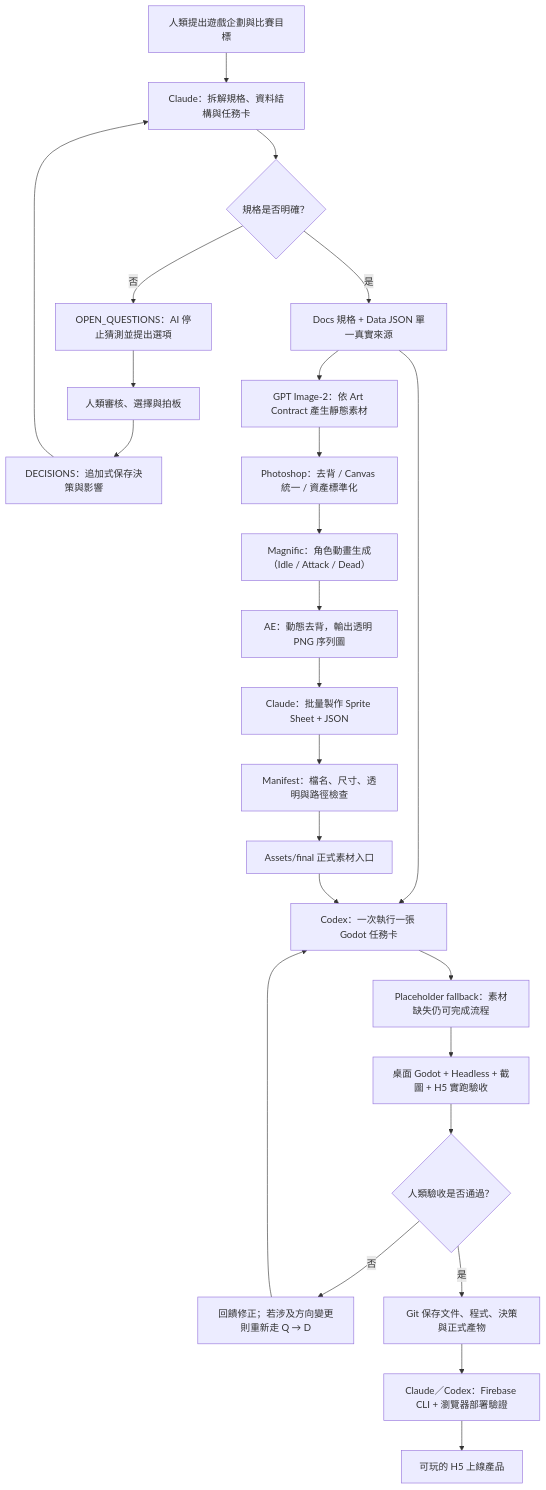
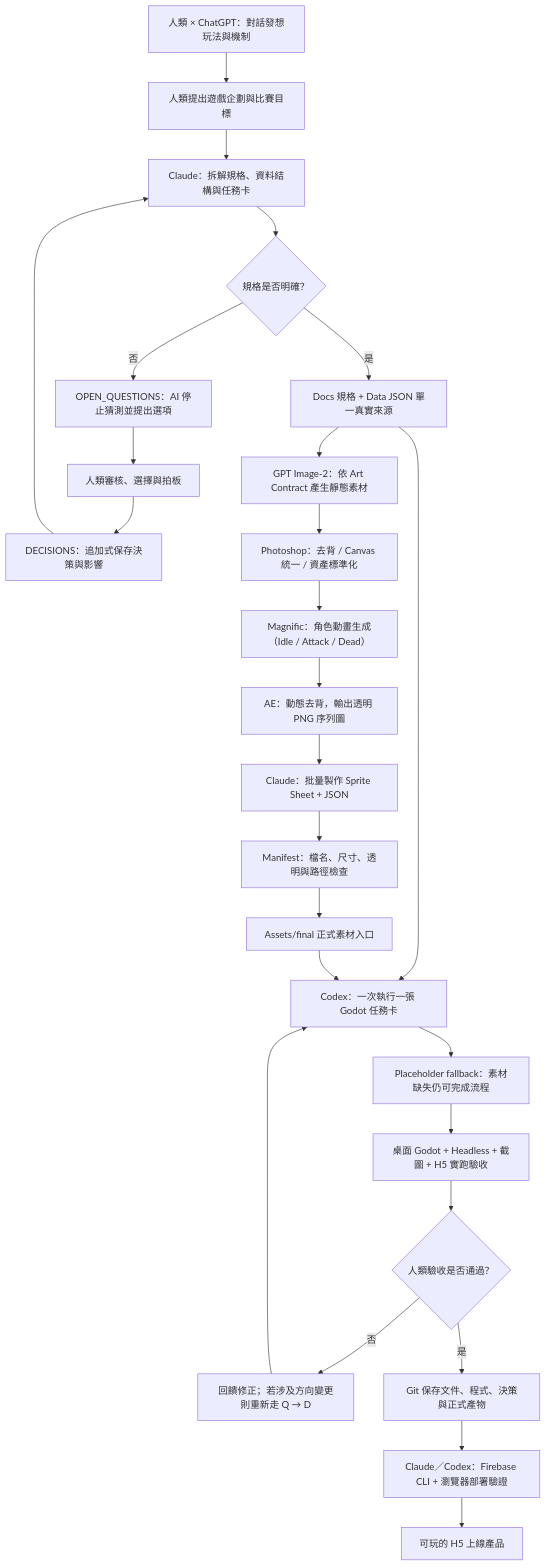
One commit to testBP0612/CrushGameDemo changed the first of 3 diagrams in Planning/10_PPT_AI_WORKFLOW.md. Above: the diagram before and after it, drawn with Mermaid. The commit also changed other lines of this file and 7 other files, not shown here.

First line of the commit message:
docs+deliverables: 送件版 PPT 重生成（含 ChatGPT 發想階段與 repo 證據頁）

````diff
--- a/Planning/10_PPT_AI_WORKFLOW.md
+++ b/Planning/10_PPT_AI_WORKFLOW.md
@@ -38,33 +38,34 @@
 ```mermaid
 flowchart TD
-    A["人類提出遊戲企劃與比賽目標"] --> B["Claude：拆解規格、資料結構與任務卡"]
+    A0["人類 × ChatGPT：對話發想玩法與機制"] --> A["人類提出遊戲企劃與比賽目標"]
+    A --> B["Claude：拆解規格、資料結構與任務卡"]
     B --> C{"規格是否明確？"}
 
     C -- "否" --> D["OPEN_QUESTIONS：AI 停止猜測並提出選項"]
     D --> E["人類審核、選擇與拍板"]
     E --> F["DECISIONS：追加式保存決策與影響"]
     F --> B
 
     C -- "是" --> G["Docs 規格 + Data JSON 單一真實來源"]
     G --> H["Codex：一次執行一張 Godot 任務卡"]
     G --> I["GPT Image-2：依 Art Contract 產生靜態素材"]
 
     I --> I1["Photoshop：去背 / Canvas 統一 / 資產標準化"]
     I1 --> I2["Magnific：角色動畫生成（Idle / Attack / Dead）"]
     I2 --> I3["AE：動態去背，輸出透明 PNG 序列圖"]
     I3 --> I4["Claude：批量製作 Sprite Sheet + JSON"]
     I4 --> J["Manifest：檔名、尺寸、透明與路徑檢查"]
     J --> K["Assets/final 正式素材入口"]
     K --> H
 
     H --> L["Placeholder fallback：素材缺失仍可完成流程"]
     L --> M["桌面 Godot + Headless + 截圖 + H5 實跑驗收"]
 
     M --> N{"人類驗收是否通過？"}
     N -- "否" --> O["回饋修正；若涉及方向變更則重新走 Q → D"]
     O --> H
     N -- "是" --> P["Git 保存文件、程式、決策與正式產物"]
 
     P --> Q["Claude／Codex：Firebase CLI + 瀏覽器部署驗證"]
     Q --> R["可玩的 H5 上線產品"]
 ```
````
